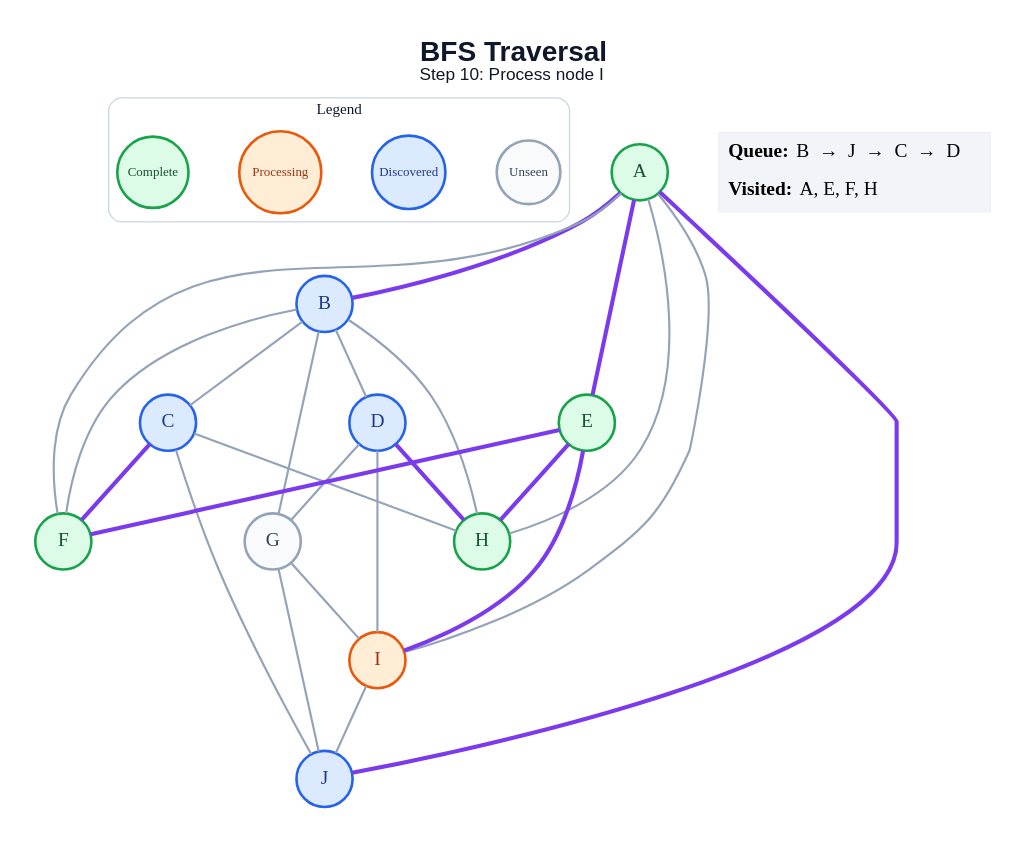
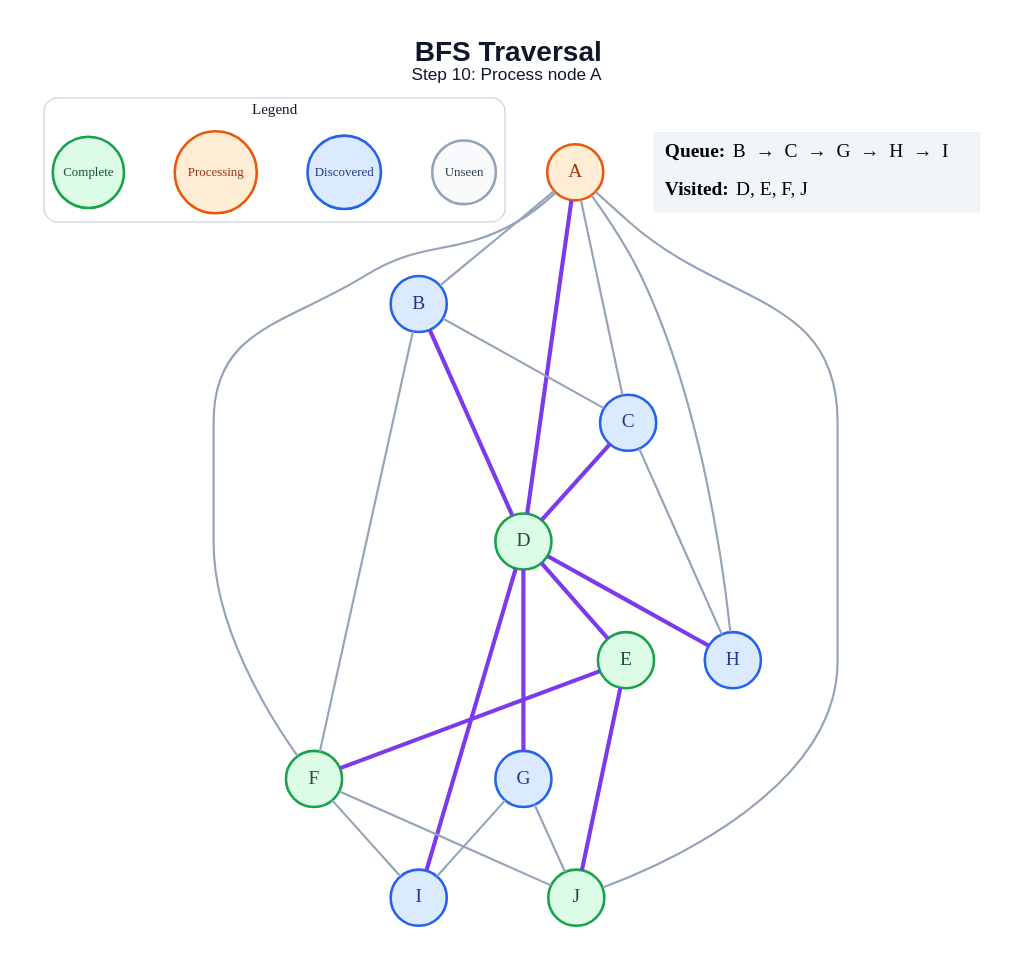
Before and after one commit to amanghodawala9/ai-slop: the diagram in generated/specific-node/bfs/step_10.dot, drawn with Graphviz. The commit also changed 178 other files, not shown here.

```diff
--- a/generated/specific-node/bfs/step_10.dot
+++ b/generated/specific-node/bfs/step_10.dot
@@ -1,52 +1,50 @@
 graph traversal {
   graph [layout=dot, rankdir=TB, bgcolor="#FFFFFF", pad="0.35", nodesep="0.65", ranksep="0.8", fontname="Arial"];
   node [shape=circle, style="filled", fontname="Arial Bold", fontsize=18, width=0.72, fixedsize=true, penwidth=2.4];
   edge [color="#94A3B8", penwidth=2.0];
-  label=<<B>BFS Traversal</B><BR/><FONT POINT-SIZE="16">Step 10: Process node I</FONT>>; labelloc="t"; fontsize=26; fontname="Arial"; fontcolor="#0F172A";
+  label=<<B>BFS Traversal</B><BR/><FONT POINT-SIZE="16">Step 10: Process node A</FONT>>; labelloc="t"; fontsize=26; fontname="Arial"; fontcolor="#0F172A";
   subgraph cluster_legend { label="Legend"; color="#CBD5E1"; penwidth=1.2; style="rounded"; fontsize=14; fontname="Arial Bold";
     key_unseen [label="Unseen", fillcolor="#F8FAFC", color="#94A3B8", fontcolor="#334155", fontsize=12, width=0.82];
     key_frontier [label="Discovered", fillcolor="#DBEAFE", color="#2563EB", fontcolor="#1E3A8A", fontsize=12, width=0.95];
     key_current [label="Processing", fillcolor="#FFEDD5", color="#EA580C", fontcolor="#9A3412", fontsize=12, width=1.05];
     key_done [label="Complete", fillcolor="#DCFCE7", color="#16A34A", fontcolor="#14532D", fontsize=12, width=0.92];
     { rank=same; key_unseen; key_frontier; key_current; key_done; }
   }
-  A [fillcolor="#DCFCE7", color="#16A34A", fontcolor="#14532D"];
+  A [fillcolor="#FFEDD5", color="#EA580C", fontcolor="#9A3412"];
   B [fillcolor="#DBEAFE", color="#2563EB", fontcolor="#1E3A8A"];
   C [fillcolor="#DBEAFE", color="#2563EB", fontcolor="#1E3A8A"];
-  D [fillcolor="#DBEAFE", color="#2563EB", fontcolor="#1E3A8A"];
+  D [fillcolor="#DCFCE7", color="#16A34A", fontcolor="#14532D"];
   E [fillcolor="#DCFCE7", color="#16A34A", fontcolor="#14532D"];
   F [fillcolor="#DCFCE7", color="#16A34A", fontcolor="#14532D"];
-  G [fillcolor="#F8FAFC", color="#94A3B8", fontcolor="#334155"];
-  H [fillcolor="#DCFCE7", color="#16A34A", fontcolor="#14532D"];
-  I [fillcolor="#FFEDD5", color="#EA580C", fontcolor="#9A3412"];
-  J [fillcolor="#DBEAFE", color="#2563EB", fontcolor="#1E3A8A"];
-  A -- B [color="#7C3AED", penwidth=3.8];
-  A -- E [color="#7C3AED", penwidth=3.8];
+  G [fillcolor="#DBEAFE", color="#2563EB", fontcolor="#1E3A8A"];
+  H [fillcolor="#DBEAFE", color="#2563EB", fontcolor="#1E3A8A"];
+  I [fillcolor="#DBEAFE", color="#2563EB", fontcolor="#1E3A8A"];
+  J [fillcolor="#DCFCE7", color="#16A34A", fontcolor="#14532D"];
+  A -- B;
+  A -- C;
+  A -- D [color="#7C3AED", penwidth=3.8];
   A -- F;
   A -- H;
-  A -- I;
-  A -- J [color="#7C3AED", penwidth=3.8];
+  A -- J;
   B -- C;
-  B -- D;
+  B -- D [color="#7C3AED", penwidth=3.8];
   B -- F;
-  B -- G;
-  B -- H;
-  C -- F [color="#7C3AED", penwidth=3.8];
+  C -- D [color="#7C3AED", penwidth=3.8];
   C -- H;
-  C -- J;
-  D -- G;
+  D -- E [color="#7C3AED", penwidth=3.8];
+  D -- G [color="#7C3AED", penwidth=3.8];
   D -- H [color="#7C3AED", penwidth=3.8];
-  D -- I;
+  D -- I [color="#7C3AED", penwidth=3.8];
   E -- F [color="#7C3AED", penwidth=3.8];
-  E -- H [color="#7C3AED", penwidth=3.8];
-  E -- I [color="#7C3AED", penwidth=3.8];
+  E -- J [color="#7C3AED", penwidth=3.8];
+  F -- I;
+  F -- J;
   G -- I;
   G -- J;
-  I -- J;
   status [shape=plain, fixedsize=false, width=0, height=0, margin=0, label=<
     <TABLE BORDER="0" CELLBORDER="0" CELLPADDING="7" BGCOLOR="#F1F5F9">
-      <TR><TD ALIGN="LEFT"><B>Queue:</B> B  →  J  →  C  →  D</TD></TR>
-      <TR><TD ALIGN="LEFT"><B>Visited:</B> A, E, F, H</TD></TR>
+      <TR><TD ALIGN="LEFT"><B>Queue:</B> B  →  C  →  G  →  H  →  I</TD></TR>
+      <TR><TD ALIGN="LEFT"><B>Visited:</B> D, E, F, J</TD></TR>
     </TABLE>
   >];
 }
```
